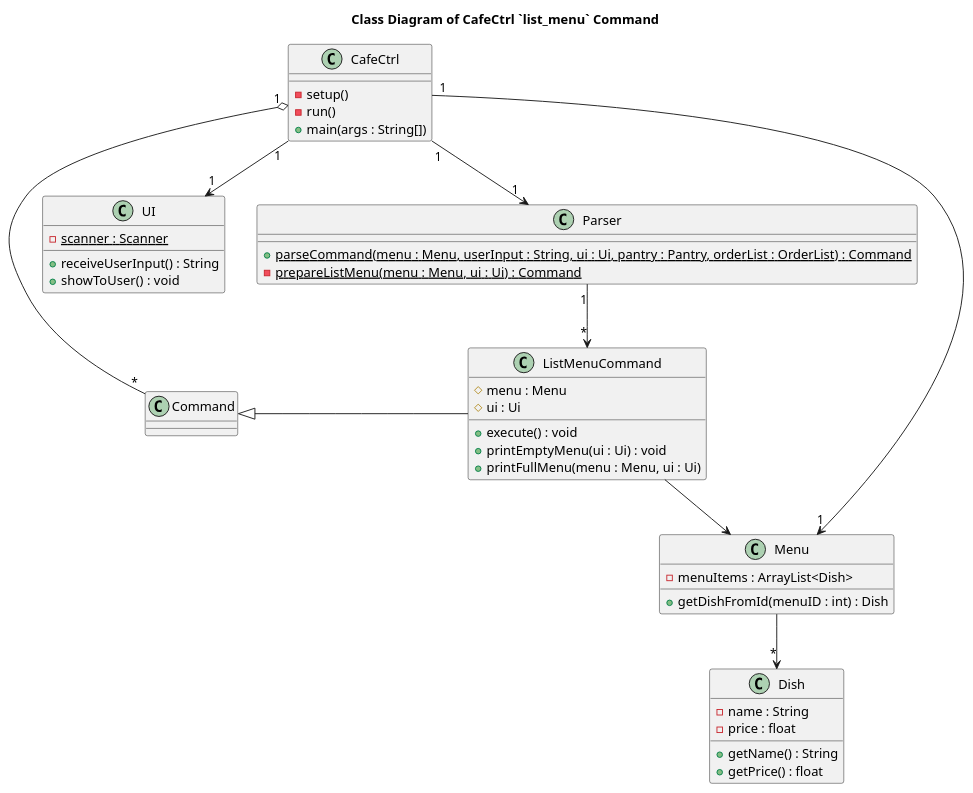
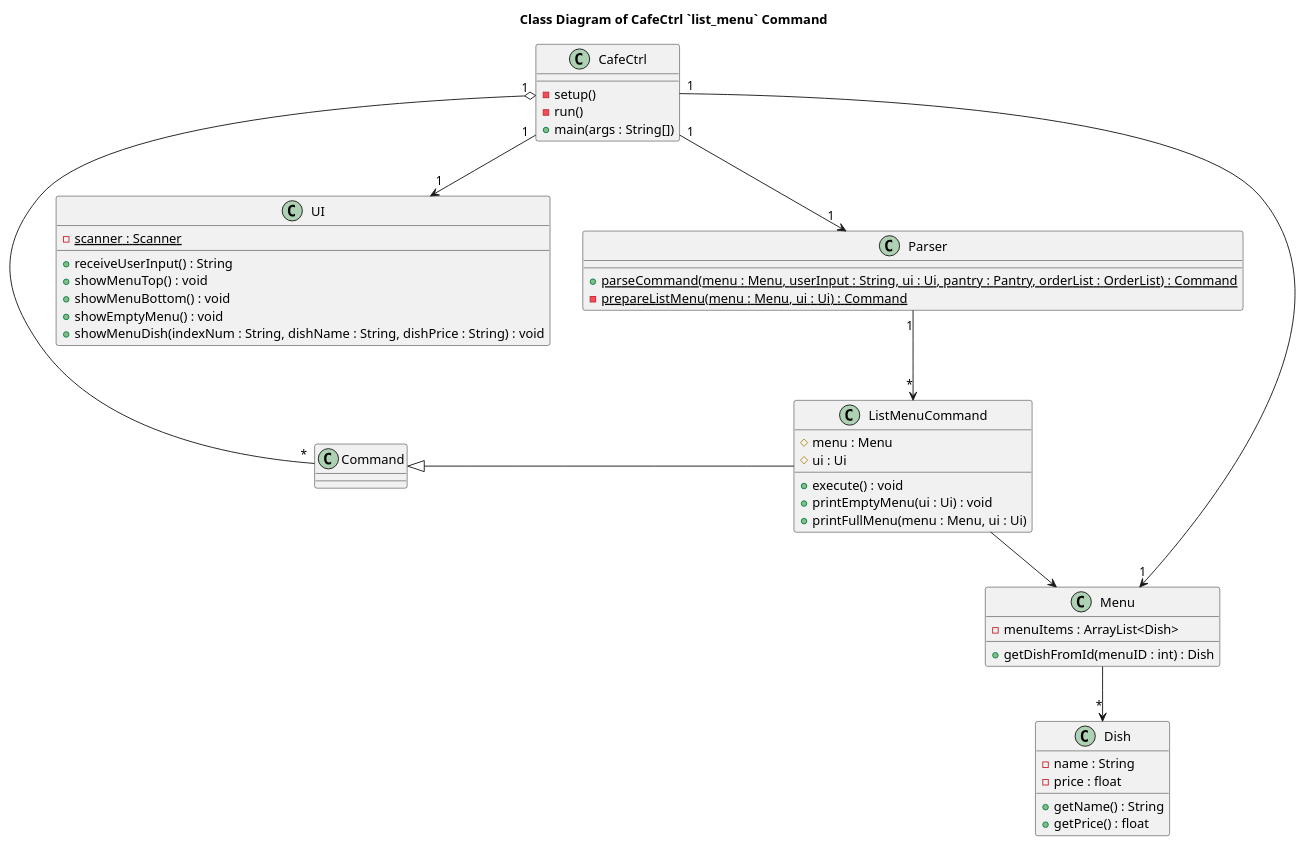
Before and after one commit to nus-cs2113-AY2324S1/tp: the diagram in docs/umldiagrams/ListMenuCommandClass.puml, drawn with PlantUML. The commit also changed 1 other file, not shown here.

```diff
--- a/docs/umldiagrams/ListMenuCommandClass.puml
+++ b/docs/umldiagrams/ListMenuCommandClass.puml
@@ -1,59 +1,60 @@
 @startuml
 'https://plantuml.com/class-diagram
 
 
 title Class Diagram of CafeCtrl `list_menu` Command
 
 CafeCtrl "1" --> "1" UI
 CafeCtrl "1" --> "1" Parser
 CafeCtrl "1" --> "1" Menu
 
 CafeCtrl "1" o-- "*" Command
 Command <|- ListMenuCommand
 Parser "1" --> "*" ListMenuCommand
 ListMenuCommand --> Menu
 Menu --> "*" Dish
 
 class CafeCtrl {
 - setup()
 - run()
 + main(args : String[])
 }
 
 class Command {
 
 }
 
 class UI {
 {static} - scanner : Scanner
 + receiveUserInput() : String
-+ showToUser() : void
++ showMenuTop() : void
++ showMenuBottom() : void
++ showEmptyMenu() : void
++ showMenuDish(indexNum : String, dishName : String, dishPrice : String) : void
 }
 
 class ListMenuCommand {
 # menu : Menu
 # ui : Ui
 + execute() : void
 + printEmptyMenu(ui : Ui) : void
 + printFullMenu(menu : Menu, ui : Ui)
 }
-
-
 
 class Parser {
 {static} + parseCommand(menu : Menu, userInput : String, ui : Ui, pantry : Pantry, orderList : OrderList) : Command
 {static} - prepareListMenu(menu : Menu, ui : Ui) : Command
 }
 
 class Menu {
 - menuItems : ArrayList<Dish>
 + getDishFromId(menuID : int) : Dish
 }
 
 class Dish {
 - name : String
 - price : float
 + getName() : String
 + getPrice() : float
 }
 @enduml
```
